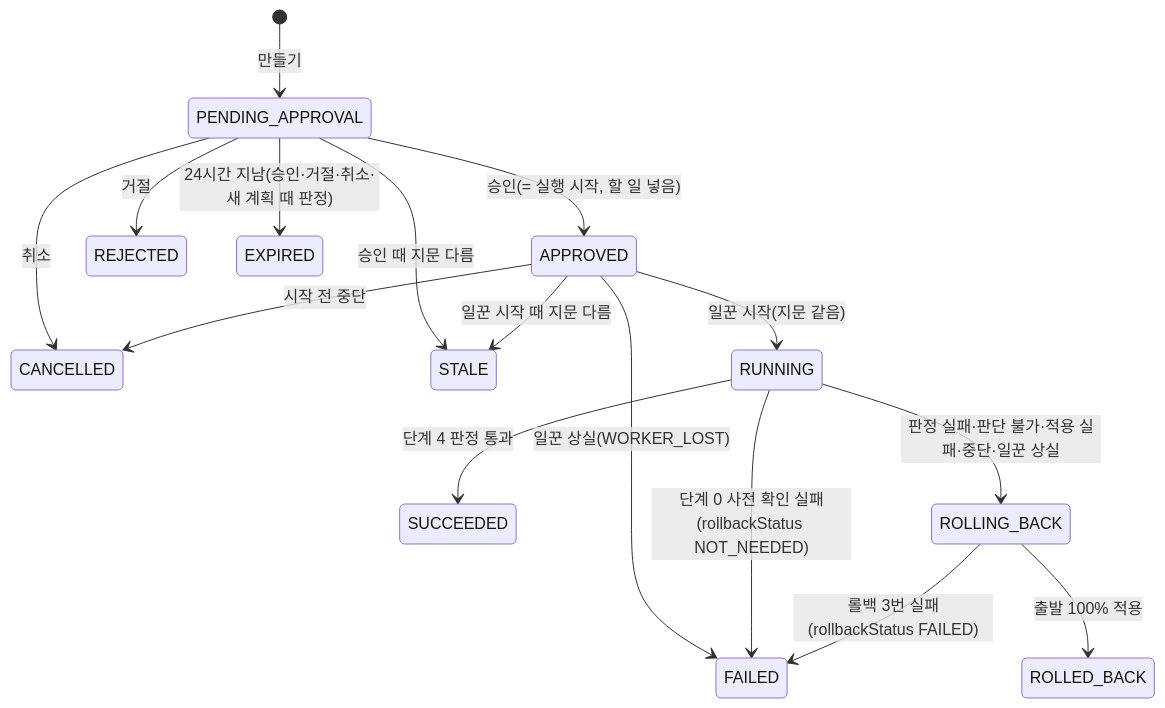
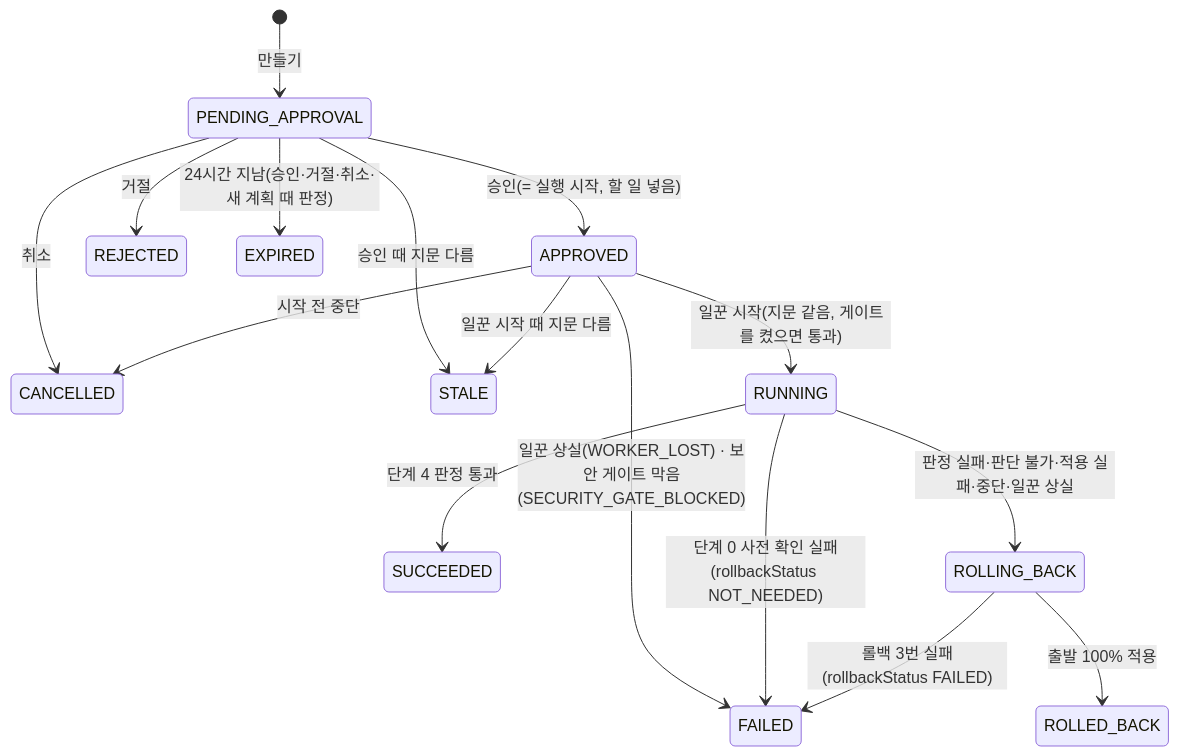
Before and after one commit to Softbank-Hackathon-2026-Team-Echo/echo-was: the fifth of 7 diagrams in docs/schema.md, drawn with Mermaid. The commit also changed other lines of this file and 30 other files, not shown here.

````diff
--- a/docs/schema.md
+++ b/docs/schema.md
@@ -521,18 +521,18 @@
 ```mermaid
 stateDiagram-v2
     [*] --> PENDING_APPROVAL : 만들기
     PENDING_APPROVAL --> APPROVED : 승인(= 실행 시작, 할 일 넣음)
     PENDING_APPROVAL --> REJECTED : 거절
     PENDING_APPROVAL --> CANCELLED : 취소
     PENDING_APPROVAL --> EXPIRED : 24시간 지남(승인·거절·취소·새 계획 때 판정)
     PENDING_APPROVAL --> STALE : 승인 때 지문 다름
-    APPROVED --> RUNNING : 일꾼 시작(지문 같음)
+    APPROVED --> RUNNING : 일꾼 시작(지문 같음, 게이트를 켰으면 통과)
     APPROVED --> STALE : 일꾼 시작 때 지문 다름
     APPROVED --> CANCELLED : 시작 전 중단
-    APPROVED --> FAILED : 일꾼 상실(WORKER_LOST)
+    APPROVED --> FAILED : 일꾼 상실(WORKER_LOST) · 보안 게이트 막음(SECURITY_GATE_BLOCKED)
     RUNNING --> SUCCEEDED : 단계 4 판정 통과
     RUNNING --> FAILED : 단계 0 사전 확인 실패(rollbackStatus NOT_NEEDED)
     RUNNING --> ROLLING_BACK : 판정 실패·판단 불가·적용 실패·중단·일꾼 상실
     ROLLING_BACK --> ROLLED_BACK : 출발 100% 적용
     ROLLING_BACK --> FAILED : 롤백 3번 실패(rollbackStatus FAILED)
 ```
````
